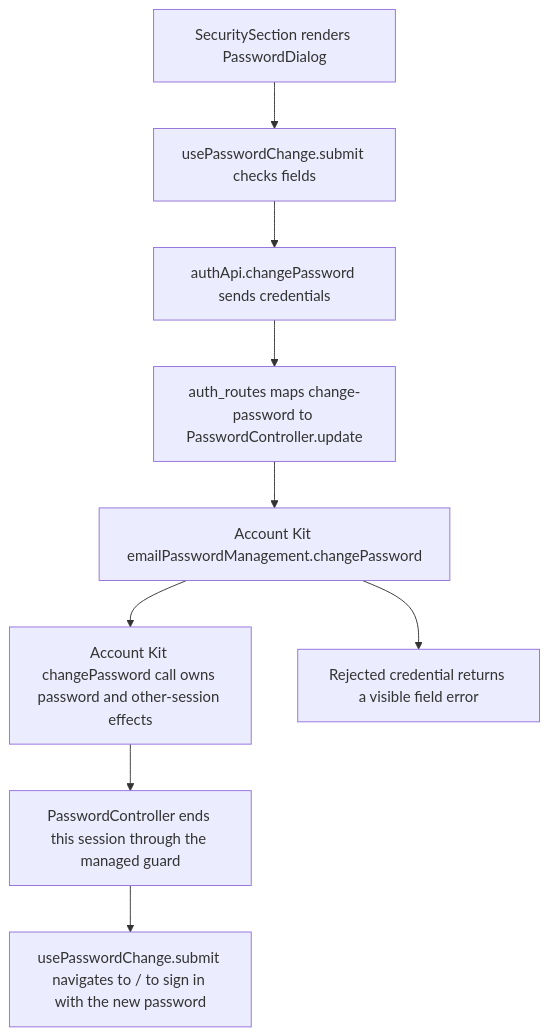
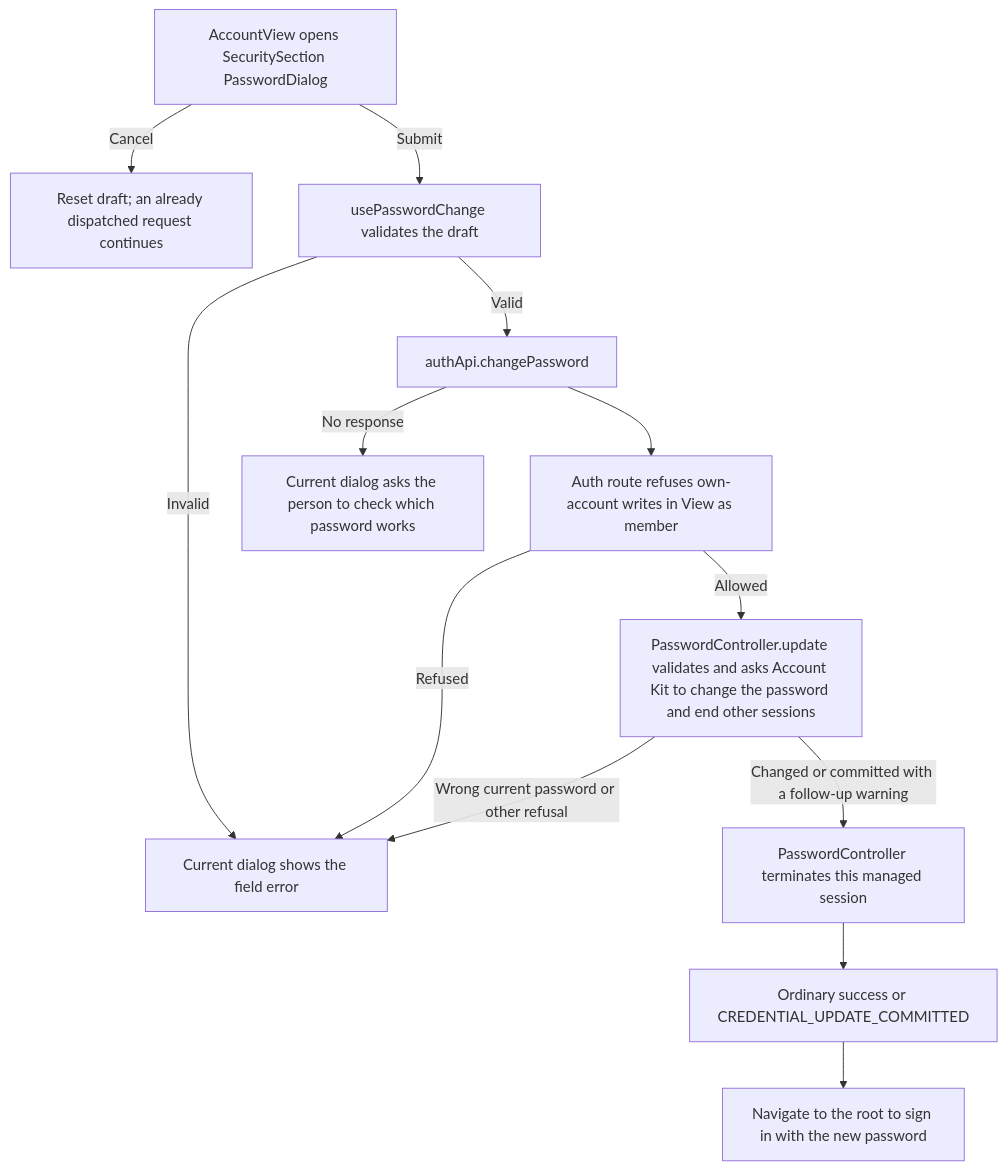
The second of 2 diagrams in user-stories/account/US-ACCOUNT-02-password-change.md (Kevinjohn/capacitylens), drawn with Mermaid before and after one commit. The commit also changed other lines of this file and 172 other files, not shown here.

Commit message:
docs: reconcile user story code flows with source

````diff
--- a/user-stories/account/US-ACCOUNT-02-password-change.md
+++ b/user-stories/account/US-ACCOUNT-02-password-change.md
@@ -34,11 +34,15 @@
 ```mermaid
 flowchart TD
-  dialog["SecuritySection renders PasswordDialog"] --> submit["usePasswordChange.submit checks fields"]
-  submit --> client["authApi.changePassword sends credentials"]
-  client --> route["auth_routes maps change-password to PasswordController.update"]
-  route --> kit["Account Kit emailPasswordManagement.changePassword"]
-  kit --> sessions["Account Kit changePassword call owns password and other-session effects"]
-  sessions --> session["PasswordController ends this session through the managed guard"]
-  session --> reload["usePasswordChange.submit navigates to / to sign in with the new password"]
-  kit --> error["Rejected credential returns a visible field error"]
+  form["AccountView opens SecuritySection PasswordDialog"] -->|Cancel| clear["Reset draft; an already dispatched request continues"]
+  form -->|Submit| validate["usePasswordChange validates the draft"]
+  validate -->|Invalid| error["Current dialog shows the field error"]
+  validate -->|Valid| request["authApi.changePassword"]
+  request --> guard["Auth route refuses own-account writes in View as member"]
+  guard -->|Allowed| kit["PasswordController.update validates and asks Account Kit to change the password and end other sessions"]
+  guard -->|Refused| error
+  kit -->|Wrong current password or other refusal| error
+  kit -->|Changed or committed with a follow-up warning| terminate["PasswordController terminates this managed session"]
+  terminate --> response["Ordinary success or CREDENTIAL_UPDATE_COMMITTED"]
+  response --> reload["Navigate to the root to sign in with the new password"]
+  request -->|No response| unknown["Current dialog asks the person to check which password works"]
 ```
````
